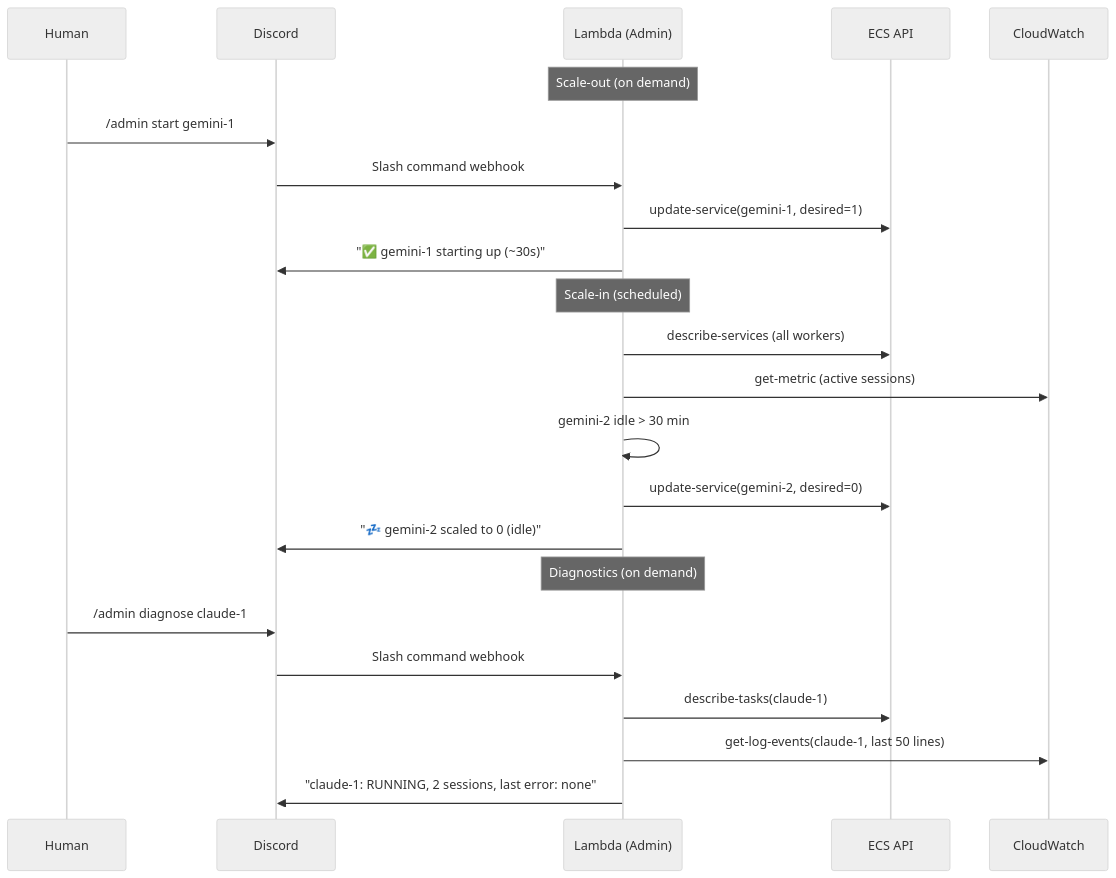
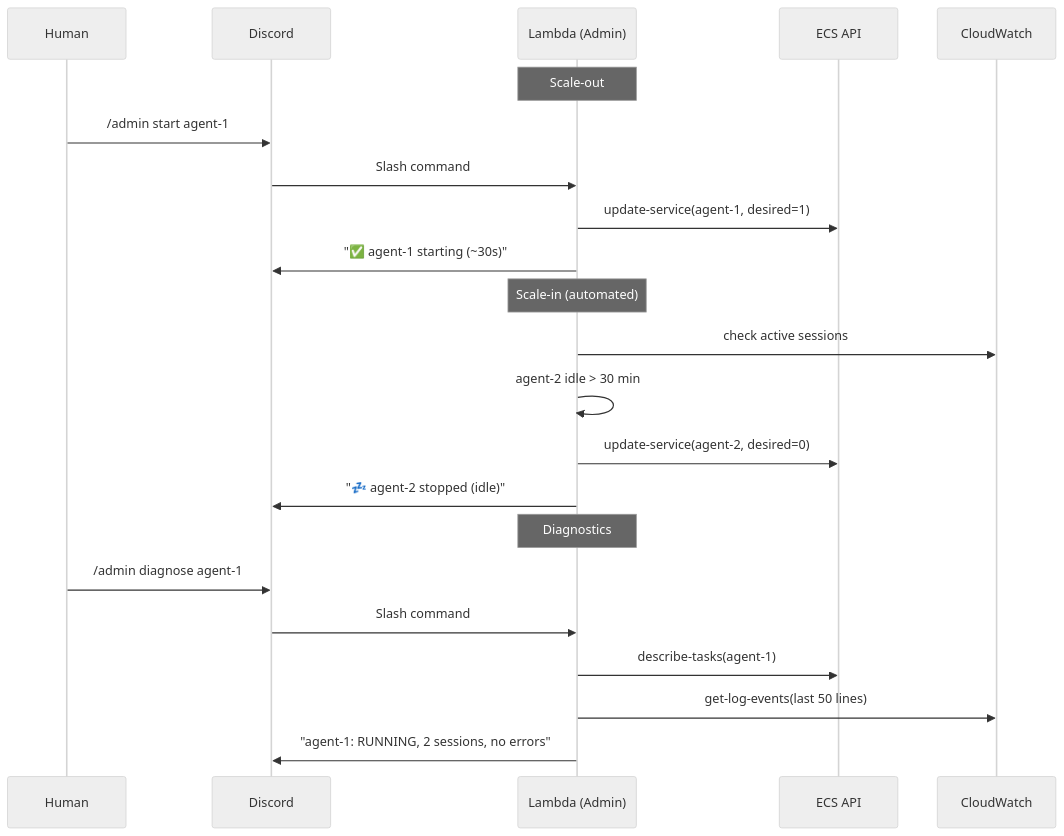
Before and after one commit to juntinyeh-worker/agent-outbound: the sixth of 6 diagrams in openab-ecs-lambda-architecture.md, drawn with Mermaid (neutral theme). The commit also changed other lines of this file, not shown here.

First line of the commit message:
task: simplify ECS+Lambda architecture to 2 agents

````diff
--- a/openab-ecs-lambda-architecture.md
+++ b/openab-ecs-lambda-architecture.md
@@ -263,28 +210,27 @@
 ```mermaid
 sequenceDiagram
     participant Human
     participant Discord
     participant Lambda as Lambda (Admin)
     participant ECS as ECS API
     participant CW as CloudWatch
 
-    Note over Lambda: Scale-out (on demand)
-    Human->>Discord: /admin start gemini-1
-    Discord->>Lambda: Slash command webhook
-    Lambda->>ECS: update-service(gemini-1, desired=1)
-    Lambda->>Discord: "✅ gemini-1 starting up (~30s)"
+    Note over Lambda: Scale-out
+    Human->>Discord: /admin start agent-1
+    Discord->>Lambda: Slash command
+    Lambda->>ECS: update-service(agent-1, desired=1)
+    Lambda->>Discord: "✅ agent-1 starting (~30s)"
 
-    Note over Lambda: Scale-in (scheduled)
-    Lambda->>ECS: describe-services (all workers)
-    Lambda->>CW: get-metric (active sessions)
-    Lambda->>Lambda: gemini-2 idle > 30 min
-    Lambda->>ECS: update-service(gemini-2, desired=0)
-    Lambda->>Discord: "💤 gemini-2 scaled to 0 (idle)"
+    Note over Lambda: Scale-in (automated)
+    Lambda->>CW: check active sessions
+    Lambda->>Lambda: agent-2 idle > 30 min
+    Lambda->>ECS: update-service(agent-2, desired=0)
+    Lambda->>Discord: "💤 agent-2 stopped (idle)"
 
-    Note over Lambda: Diagnostics (on demand)
-    Human->>Discord: /admin diagnose claude-1
-    Discord->>Lambda: Slash command webhook
-    Lambda->>ECS: describe-tasks(claude-1)
-    Lambda->>CW: get-log-events(claude-1, last 50 lines)
-    Lambda->>Discord: "claude-1: RUNNING, 2 sessions, last error: none"
+    Note over Lambda: Diagnostics
+    Human->>Discord: /admin diagnose agent-1
+    Discord->>Lambda: Slash command
+    Lambda->>ECS: describe-tasks(agent-1)
+    Lambda->>CW: get-log-events(last 50 lines)
+    Lambda->>Discord: "agent-1: RUNNING, 2 sessions, no errors"
 ```
````
